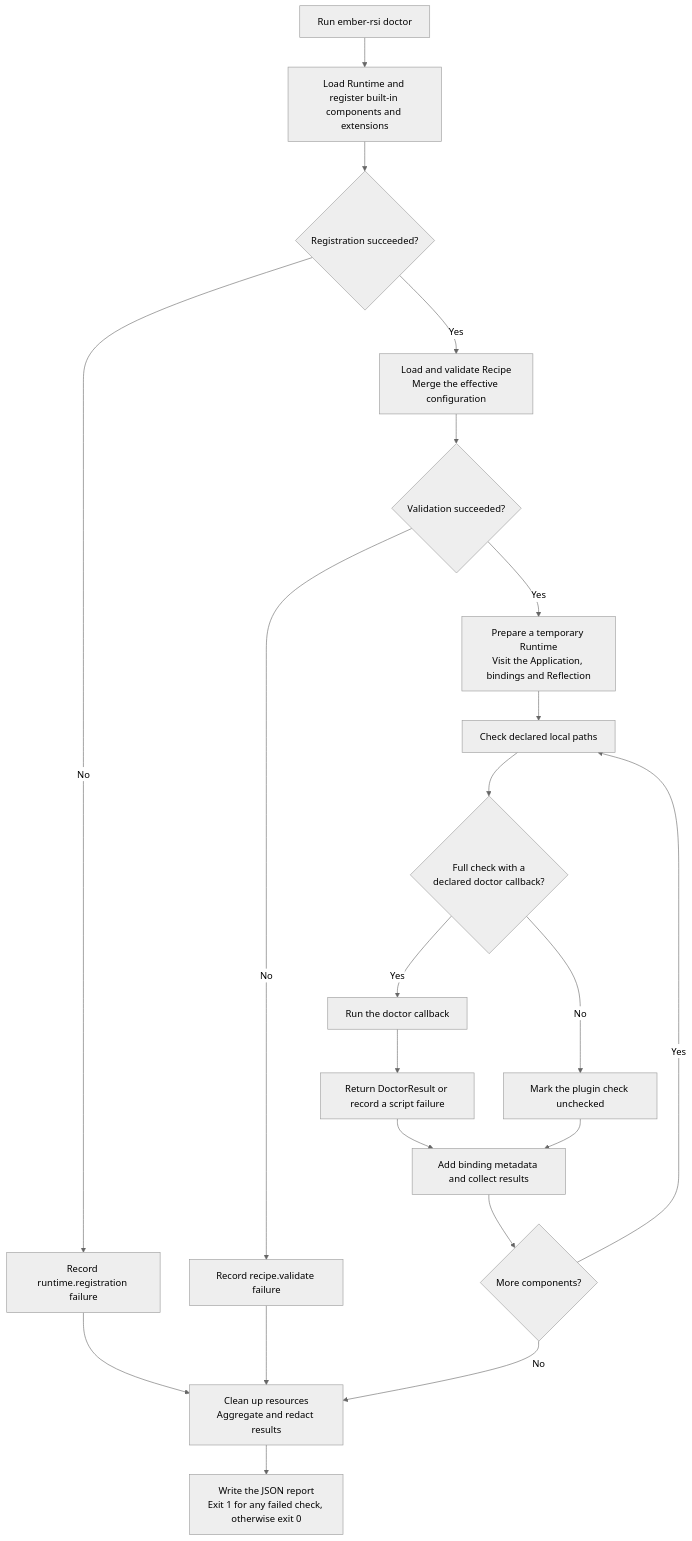
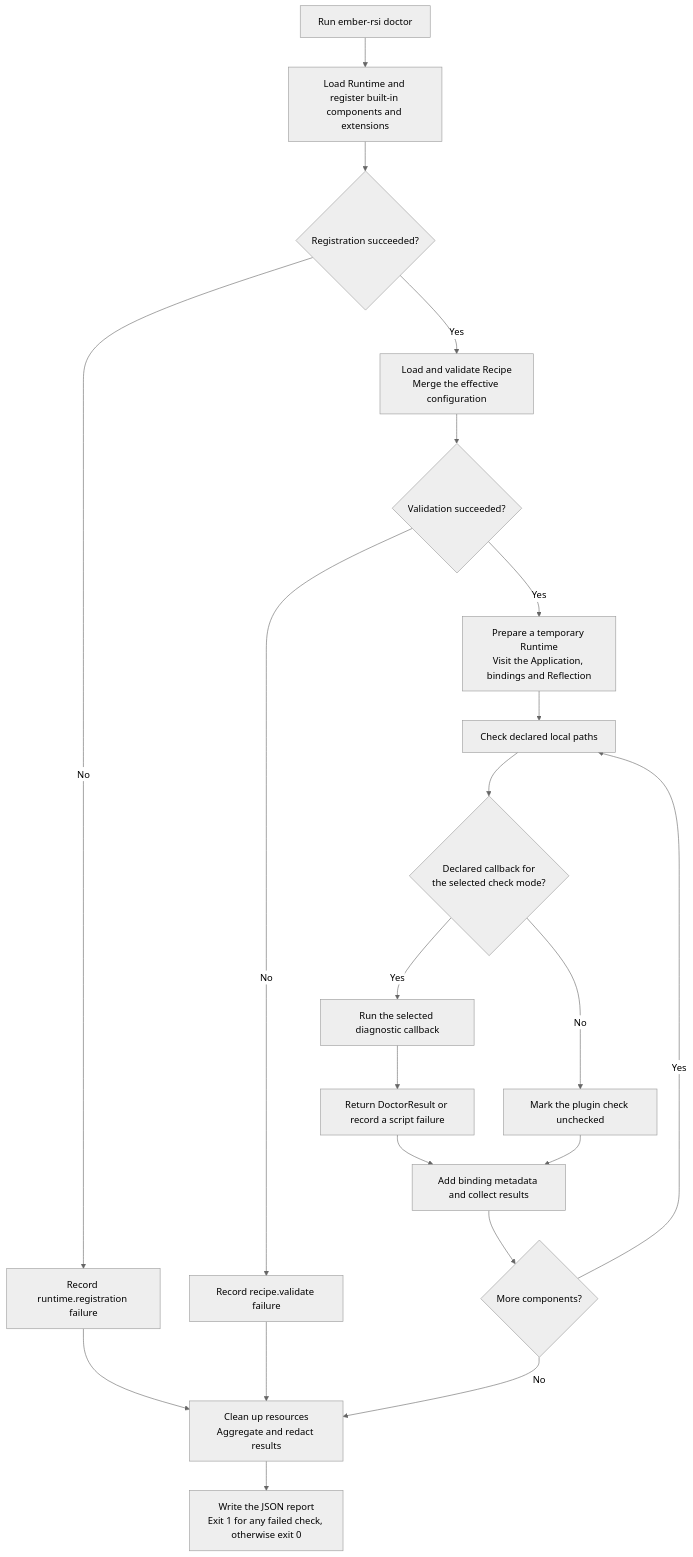
One commit to ARSI-LAB/ARSI changed the diagram in docs/users/guides/doctor.md. Above: the diagram before and after it, drawn with Mermaid (neutral theme). The commit also changed other lines of this file and 31 other files, not shown here.

````diff
--- a/docs/users/guides/doctor.md
+++ b/docs/users/guides/doctor.md
@@ -24,23 +24,23 @@
 ```mermaid
 flowchart TD
     A["Run ember-rsi doctor"] --> B["Load Runtime and register built-in components and extensions"]
     B --> C{"Registration succeeded?"}
     C -- No --> D["Record runtime.registration failure"]
     C -- Yes --> E["Load and validate Recipe<br/>Merge the effective configuration"]
     E --> F{"Validation succeeded?"}
     F -- No --> G["Record recipe.validate failure"]
     F -- Yes --> H["Prepare a temporary Runtime<br/>Visit the Application, bindings and Reflection"]
     H --> I["Check declared local paths"]
-    I --> J{"Full check with a<br/>declared doctor callback?"}
-    J -- Yes --> K["Run the doctor callback"]
+    I --> J{"Declared callback for<br/>the selected check mode?"}
+    J -- Yes --> K["Run the selected diagnostic callback"]
     K --> Q["Return DoctorResult or record a script failure"]
     J -- No --> L["Mark the plugin check unchecked"]
     Q --> M["Add binding metadata and collect results"]
     L --> M
     M --> N{"More components?"}
     N -- Yes --> I
     N -- No --> O["Clean up resources<br/>Aggregate and redact results"]
     D --> O
     G --> O
     O --> P["Write the JSON report<br/>Exit 1 for any failed check, otherwise exit 0"]
 ```
````
